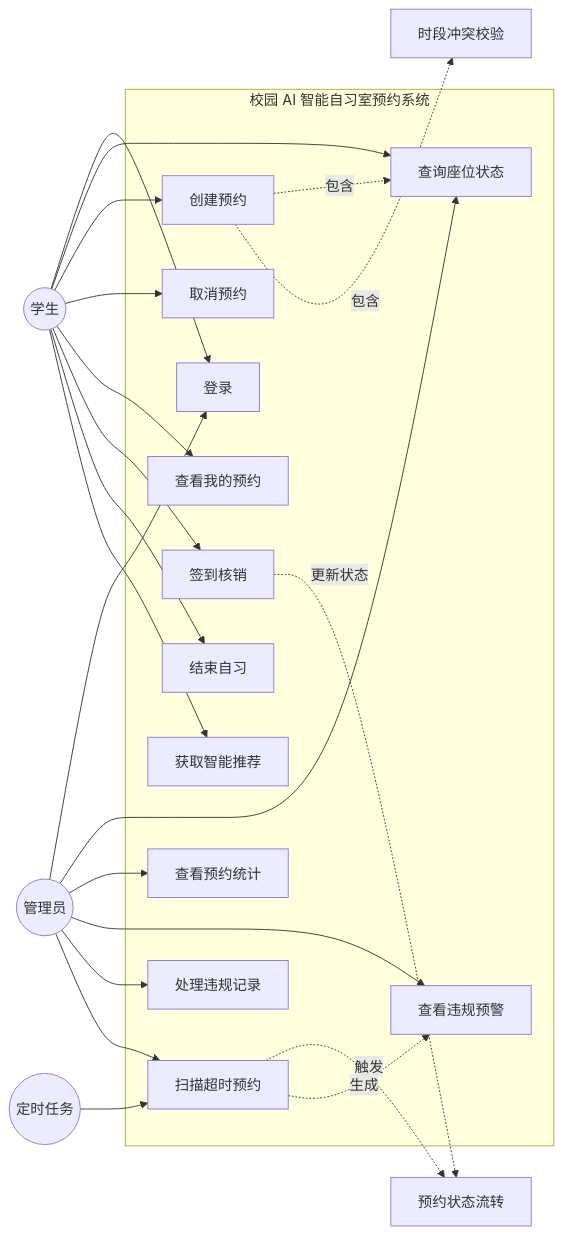
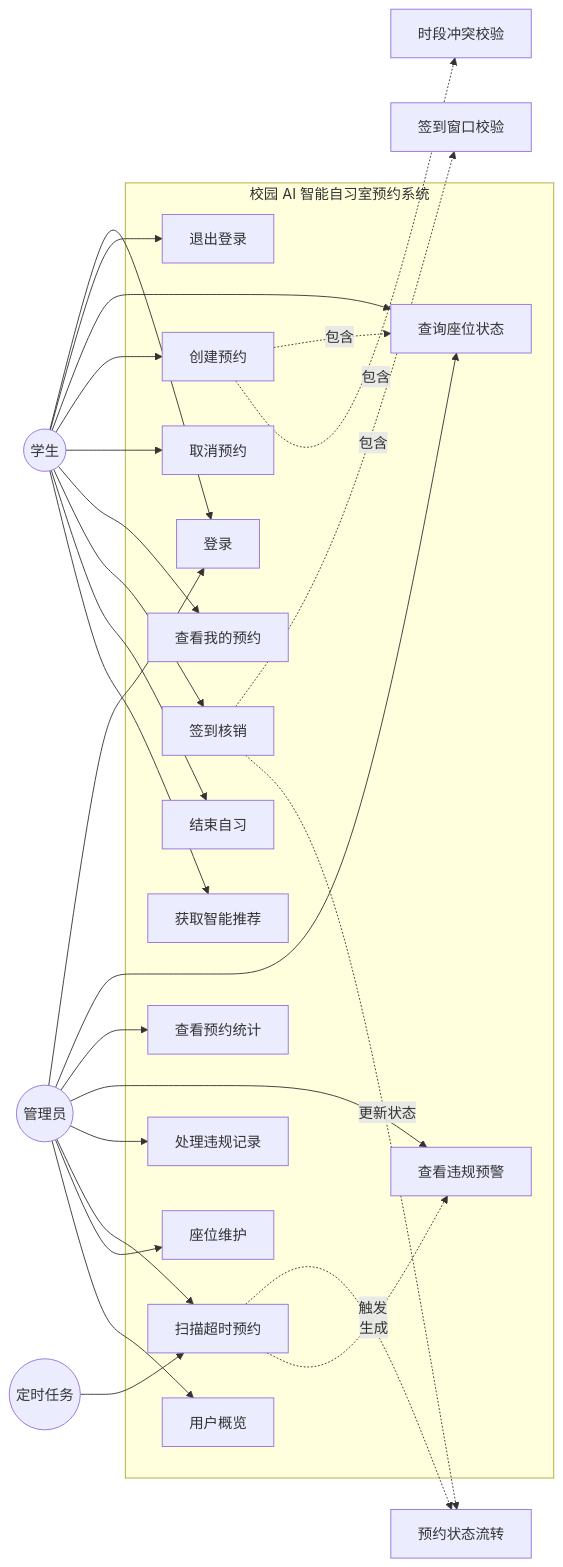
One commit to Type81-1/campus-ai-study-room changed the second of 9 diagrams in docs/系统设计/当前代码设计图稿.md. Above: the diagram before and after it, drawn with Mermaid. The commit also changed other lines of this file and 10 other files, not shown here.

````diff
--- a/docs/系统设计/当前代码设计图稿.md
+++ b/docs/系统设计/当前代码设计图稿.md
@@ -97,42 +106,49 @@
 ```mermaid
 flowchart LR
     Student((学生))
     Admin((管理员))
     Sweeper((定时任务))
 
     subgraph System[校园 AI 智能自习室预约系统]
         Login[登录]
+        Logout[退出登录]
         Query[查询座位状态]
         Book[创建预约]
         Cancel[取消预约]
         Mine[查看我的预约]
         Checkin[签到核销]
         Checkout[结束自习]
         Recommend[获取智能推荐]
         Stats[查看预约统计]
         Violations[查看违规预警]
         Resolve[处理违规记录]
         Scan[扫描超时预约]
+        SeatAdmin[座位维护]
+        UserList[用户概览]
     end
 
     Student --> Login
+    Student --> Logout
     Student --> Query
     Student --> Book
     Student --> Cancel
     Student --> Mine
     Student --> Checkin
     Student --> Checkout
     Student --> Recommend
     Admin --> Login
     Admin --> Query
     Admin --> Stats
     Admin --> Violations
     Admin --> Resolve
     Admin --> Scan
+    Admin --> SeatAdmin
+    Admin --> UserList
     Sweeper --> Scan
     Book -.->|包含| Query
     Book -.->|包含| Conflict[时段冲突校验]
+    Checkin -.->|包含| Window[签到窗口校验]
     Checkin -.->|更新状态| State[预约状态流转]
     Scan -.->|触发| State
     Scan -.->|生成| Violations
 ```
````
